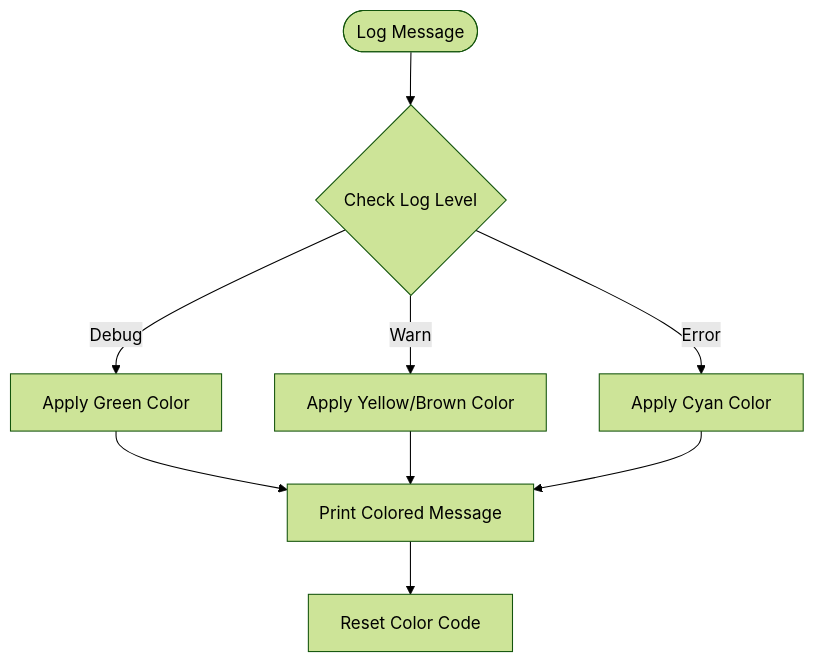
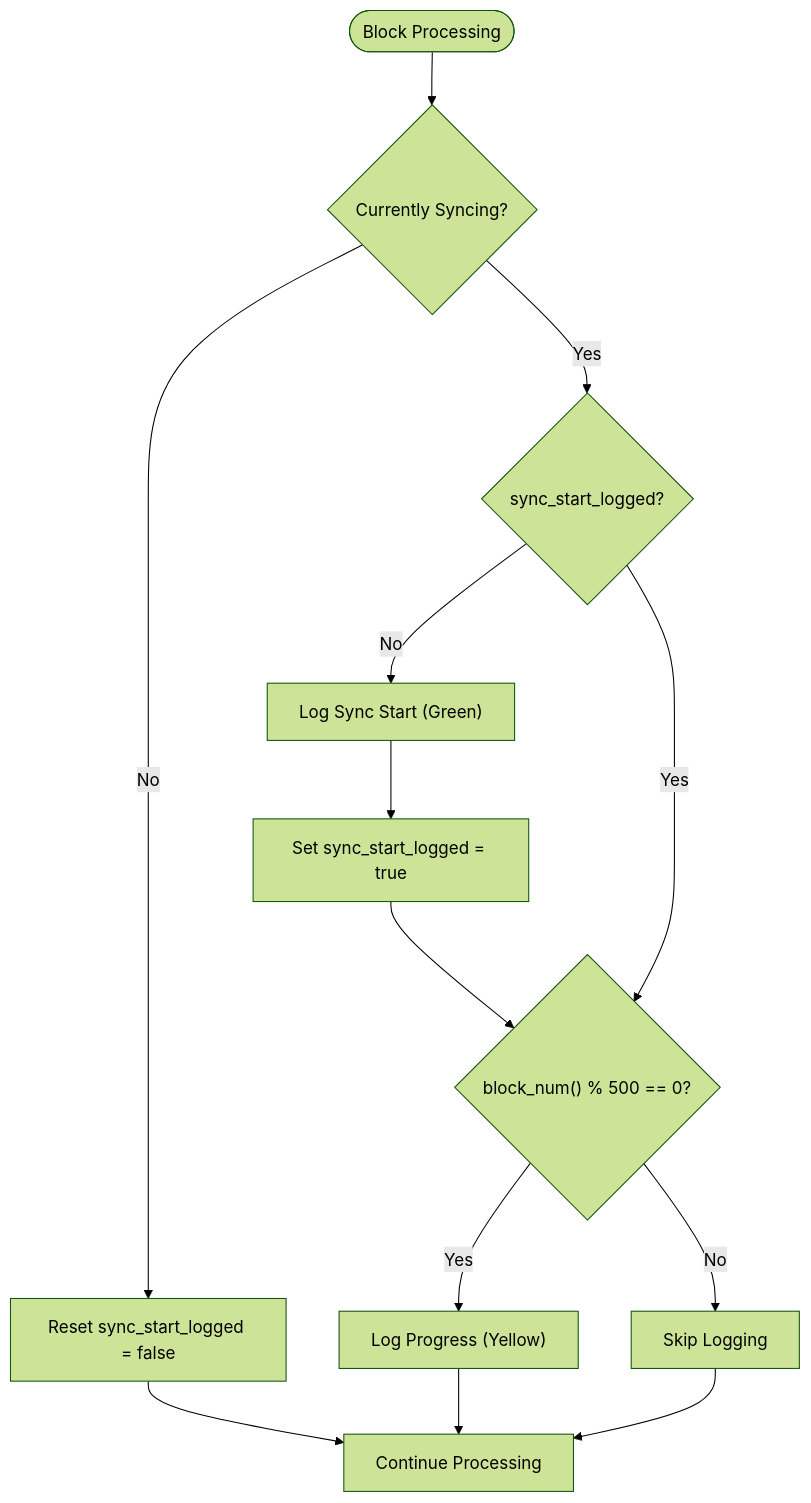
Diagram 11 of 12 in .qoder/repowiki/en/content/Architecture Overview/Core Libraries/Chain Library/Chain Library.md (VIZ-Blockchain/viz-cpp-node), drawn with Mermaid (forest theme) before and after one commit. The commit also changed other lines of this file and 5 other files, not shown here.

````diff
--- a/.qoder/repowiki/en/content/Architecture Overview/Core Libraries/Chain Library/Chain Library.md
+++ b/.qoder/repowiki/en/content/Architecture Overview/Core Libraries/Chain Library/Chain Library.md
@@ -660,11 +670,15 @@
 ```mermaid
 flowchart TD
-Start(["Log Message"]) --> CheckLevel{"Check Log Level"}
-CheckLevel --> |Debug| ColorGreen["Apply Green Color"]
-CheckLevel --> |Warn| ColorYellow["Apply Yellow/Brown Color"]
-CheckLevel --> |Error| ColorCyan["Apply Cyan Color"]
-ColorGreen --> Print["Print Colored Message"]
-ColorYellow --> Print
-ColorCyan --> Print
-Print --> Reset["Reset Color Code"]
+Start(["Block Processing"]) --> CheckSync{"Currently Syncing?"}
+CheckSync --> |Yes| CheckGuard{"sync_start_logged?"}
+CheckGuard --> |No| LogStart["Log Sync Start (Green)"]
+LogStart --> SetGuard["Set sync_start_logged = true"]
+SetGuard --> CheckFreq{"block_num() % 500 == 0?"}
+CheckGuard --> |Yes| CheckFreq
+CheckFreq --> |Yes| LogProgress["Log Progress (Yellow)"]
+CheckFreq --> |No| Skip["Skip Logging"]
+CheckSync --> |No| ResetGuard["Reset sync_start_logged = false"]
+ResetGuard --> Continue["Continue Processing"]
+LogProgress --> Continue
+Skip --> Continue
 ```
````
